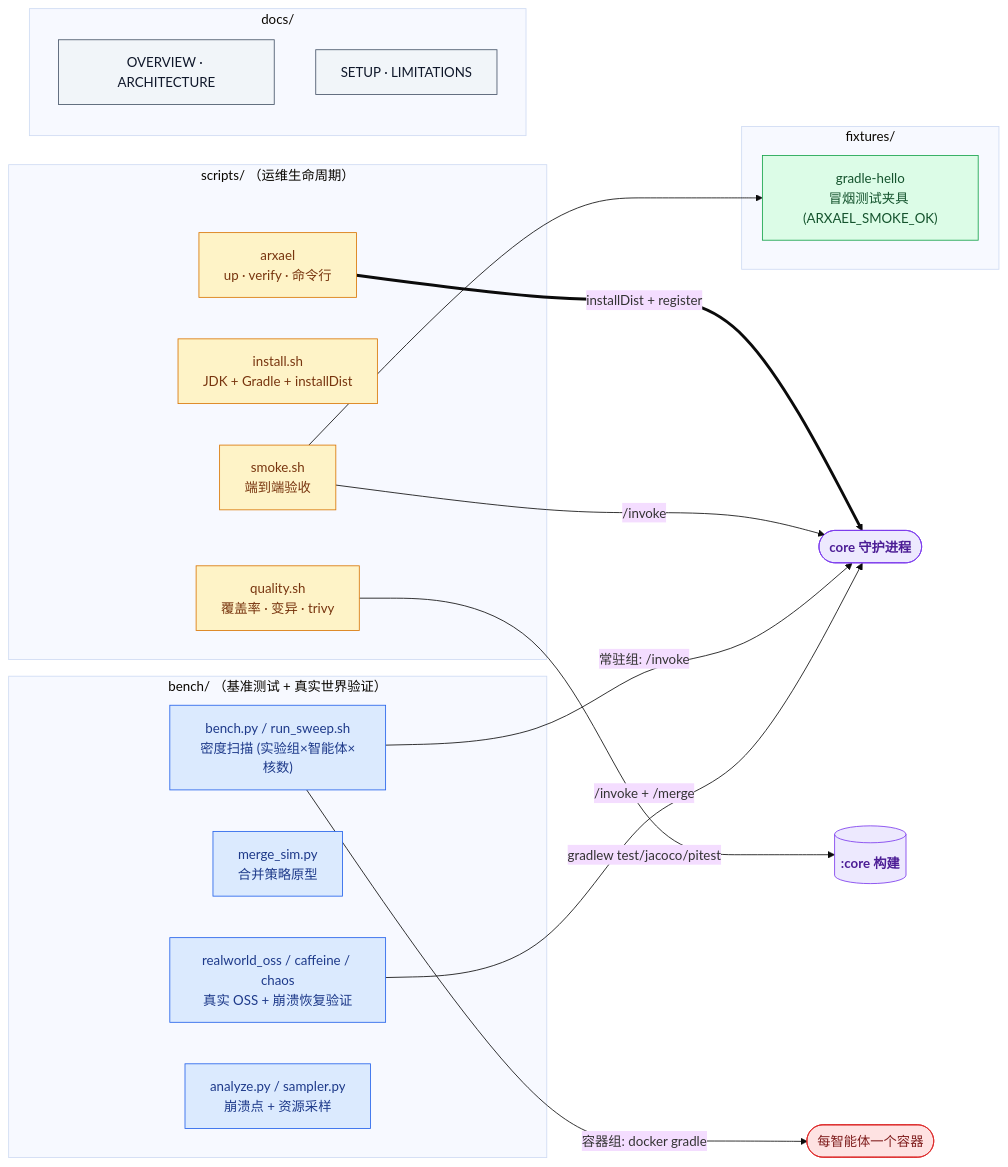
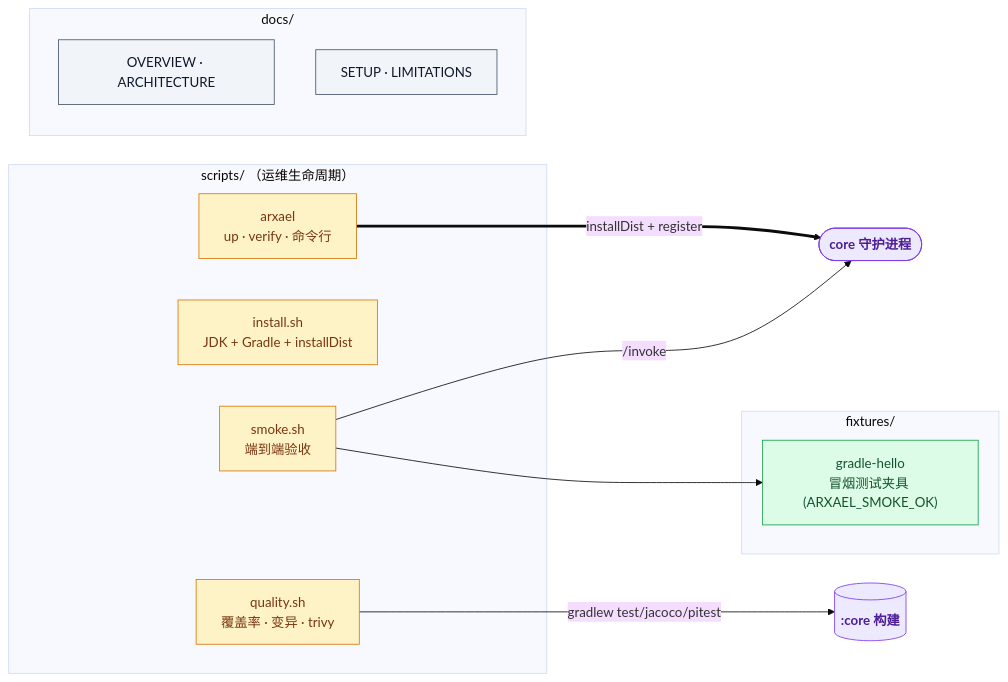
Before and after one commit to alexanderpaquette-byte/arxael: the seventh of 9 diagrams in docs/OVERVIEW.zh-CN.md, drawn with Mermaid (base theme). The commit also changed other lines of this file and 31 other files, not shown here.

````diff
--- a/docs/OVERVIEW.zh-CN.md
+++ b/docs/OVERVIEW.zh-CN.md
@@ -176,40 +177,28 @@
 ```mermaid
 flowchart LR
     subgraph scripts["scripts/ （运维生命周期）"]
         arxael["arxael<br/>up · verify · 命令行"]:::script
         install["install.sh<br/>JDK + Gradle + installDist"]:::script
         smoke["smoke.sh<br/>端到端验收"]:::script
         quality["quality.sh<br/>覆盖率 · 变异 · trivy"]:::script
-    end
-
-    subgraph bench["bench/ （基准测试 + 真实世界验证）"]
-        benchpy["bench.py / run_sweep.sh<br/>密度扫描 (实验组×智能体×核数)"]:::bench
-        mergesim["merge_sim.py<br/>合并策略原型"]:::bench
-        realworld["realworld_oss / caffeine / chaos<br/>真实 OSS + 崩溃恢复验证"]:::bench
-        analyze["analyze.py / sampler.py<br/>崩溃点 + 资源采样"]:::bench
     end
 
     subgraph fixtures["fixtures/"]
         hello["gradle-hello<br/>冒烟测试夹具 (ARXAEL_SMOKE_OK)"]:::fixture
     end
 
     subgraph docs["docs/"]
         d1["OVERVIEW · ARCHITECTURE"]:::cfg
         d2["SETUP · LIMITATIONS"]:::cfg
     end
 
     arxael ==>|installDist + register| daemon([core 守护进程]):::service
     smoke -->|/invoke| daemon
     smoke --> hello
     quality -->|gradlew test/jacoco/pitest| repo[(:core 构建)]:::service
-    benchpy -->|常驻组: /invoke| daemon
-    benchpy -->|容器组: docker gradle| ctr([每智能体一个容器]):::bad
-    realworld -->|/invoke + /merge| daemon
 
     classDef script fill:#fef3c7,stroke:#d97706,color:#78350f
-    classDef bench fill:#dbeafe,stroke:#2563eb,color:#1e3a8a
     classDef fixture fill:#dcfce7,stroke:#16a34a,color:#14532d
     classDef cfg fill:#f1f5f9,stroke:#475569,color:#0f172a
     classDef service fill:#ede9fe,stroke:#7c3aed,color:#4c1d95,font-weight:bold
-    classDef bad fill:#fee2e2,stroke:#dc2626,color:#7f1d1d
 ```
````
